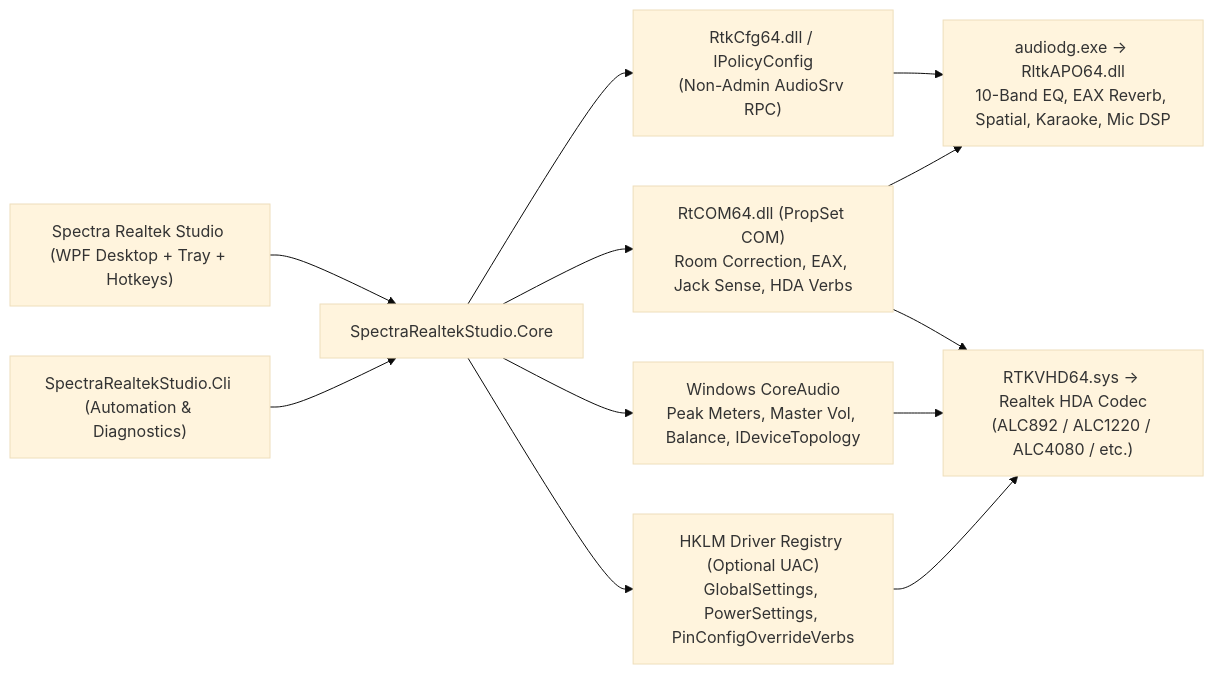
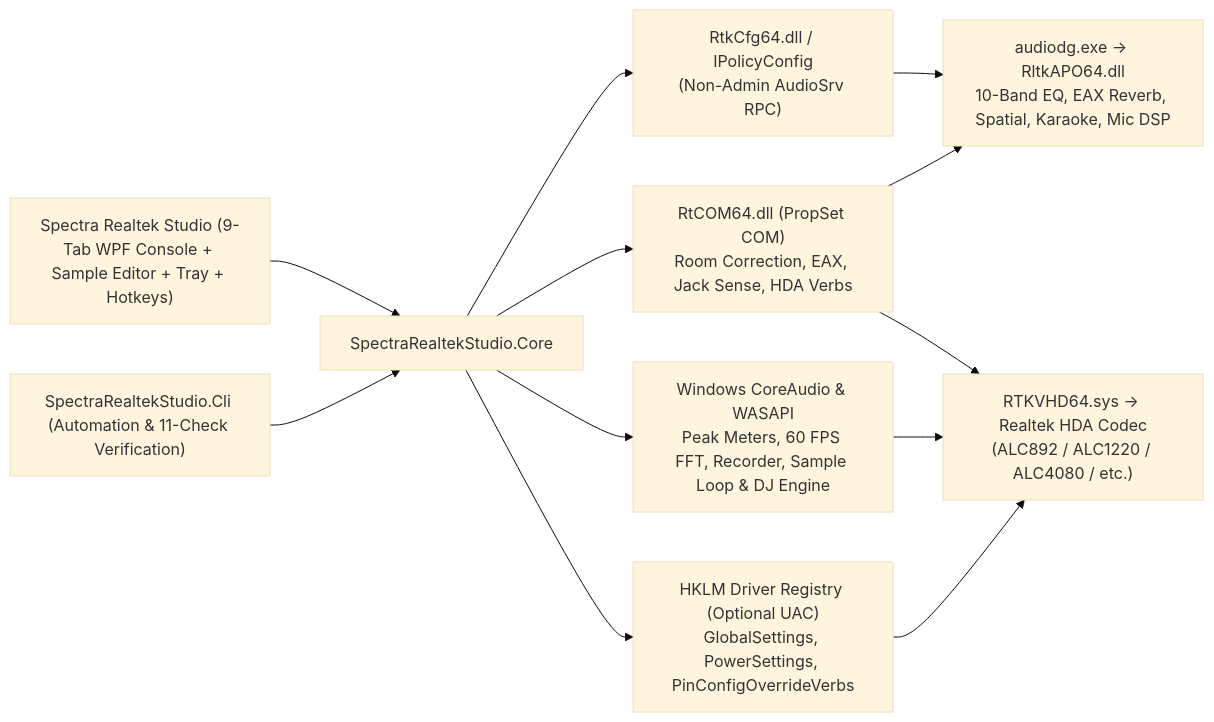
One commit to Creator-NL/SpectraRealtekStudio changed the diagram in README.md. Above: the diagram before and after it, drawn with Mermaid (base theme). The commit also changed other lines of this file and 26 other files, not shown here.

Commit message:
Release v1.1.0: Studio Audio Recorder & Sample/Loop Editor (Tab 8), Dual-Deck Bit-Pure DJ Studio (Tab 9), 10-Mode Gap-Free Visualizer (Tab 7) & Hi-Res Sweeps

````diff
--- a/README.md
+++ b/README.md
@@ -57,27 +65,27 @@
 ```mermaid
 flowchart LR
-    UI["Spectra Realtek Studio (WPF Desktop + Tray + Hotkeys)"]
-    CLI["SpectraRealtekStudio.Cli (Automation & Diagnostics)"]
+    UI["Spectra Realtek Studio (9-Tab WPF Console + Sample Editor + Tray + Hotkeys)"]
+    CLI["SpectraRealtekStudio.Cli (Automation & 11-Check Verification)"]
     CORE["SpectraRealtekStudio.Core"]
 
     RPC["RtkCfg64.dll / IPolicyConfig\n(Non-Admin AudioSrv RPC)"]
     COM["RtCOM64.dll (PropSet COM)\nRoom Correction, EAX, Jack Sense, HDA Verbs"]
-    CA["Windows CoreAudio\nPeak Meters, Master Vol, Balance, IDeviceTopology"]
+    CA["Windows CoreAudio & WASAPI\nPeak Meters, 60 FPS FFT, Recorder, Sample Loop & DJ Engine"]
     REG["HKLM Driver Registry (Optional UAC)\nGlobalSettings, PowerSettings, PinConfigOverrideVerbs"]
 
     APO["audiodg.exe -> RltkAPO64.dll\n10-Band EQ, EAX Reverb, Spatial, Karaoke, Mic DSP"]
     DRV["RTKVHD64.sys -> Realtek HDA Codec\n(ALC892 / ALC1220 / ALC4080 / etc.)"]
 
     UI --> CORE
     CLI --> CORE
     CORE --> RPC
     CORE --> COM
     CORE --> CA
     CORE --> REG
 
     RPC --> APO
     COM --> APO
     COM --> DRV
     CA --> DRV
     REG --> DRV
 ```
````
